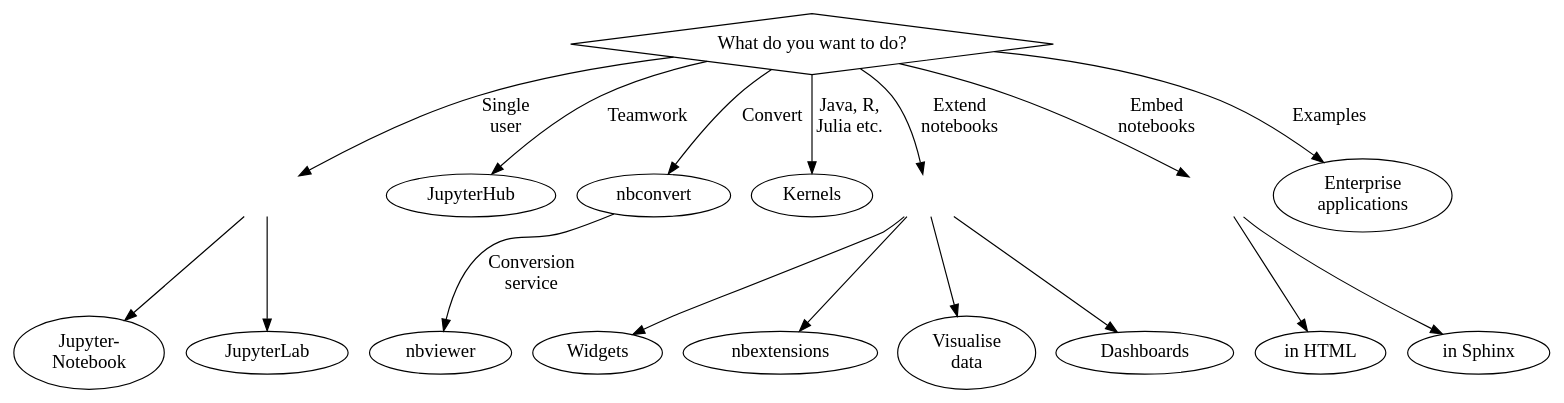
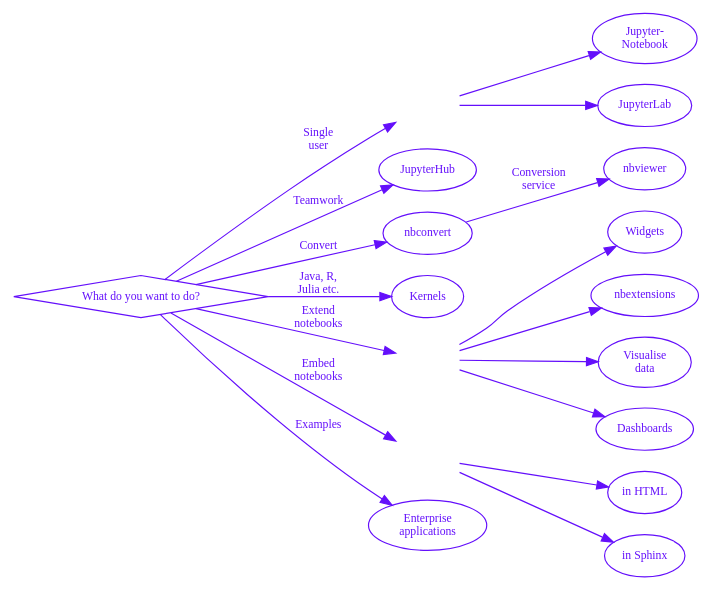
The diagram in docs/index.rst (veit/jupyter-tutorial), drawn with Graphviz before and after one commit.

Commit message:
:lipstick: Beautify the Jupyter overview

```diff
--- a/docs/index.rst
+++ b/docs/index.rst
@@ -12,9 +12,12 @@
 .. graphviz::
 
     digraph decide_jupyter {
-        graph [fontname = "Calibri", fontsize="16"];
-        node [fontname = "Calibri", fontsize="16"];
-        edge [fontname = "Calibri", fontsize="16"];
+        graph [fontname = "Calibri", fontsize="10", penwidth="1px",
+               overlap=false];
+        node [fontname = "Calibri", fontsize="10", style="bold",
+              penwidth="1px", fontcolor="#640FFB"; color="#640FFB";];
+        edge [fontname = "Calibri", fontsize="10", style="bold",
+              penwidth="1px", fontcolor="#640FFB"; color="#640FFB";];
         tooltip="How do I decide which Jupyter packages I need?";
         // Top Level
         what [
@@ -113,6 +116,7 @@
         extensions -> {widgets extend viz dash}
         embed -> {html sphinx}
         // Arrangement
+        rankdir="LR"
         {rank = same; what;}
         {rank = same; singleuser; hub; nbconvert; kernels; extensions; embed;
                 examples;}
```
